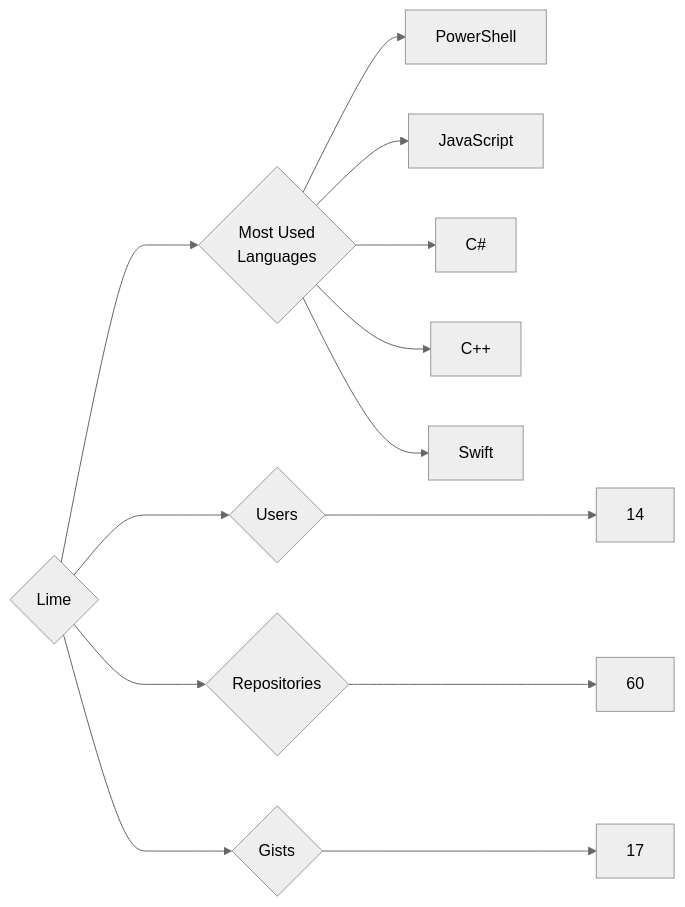
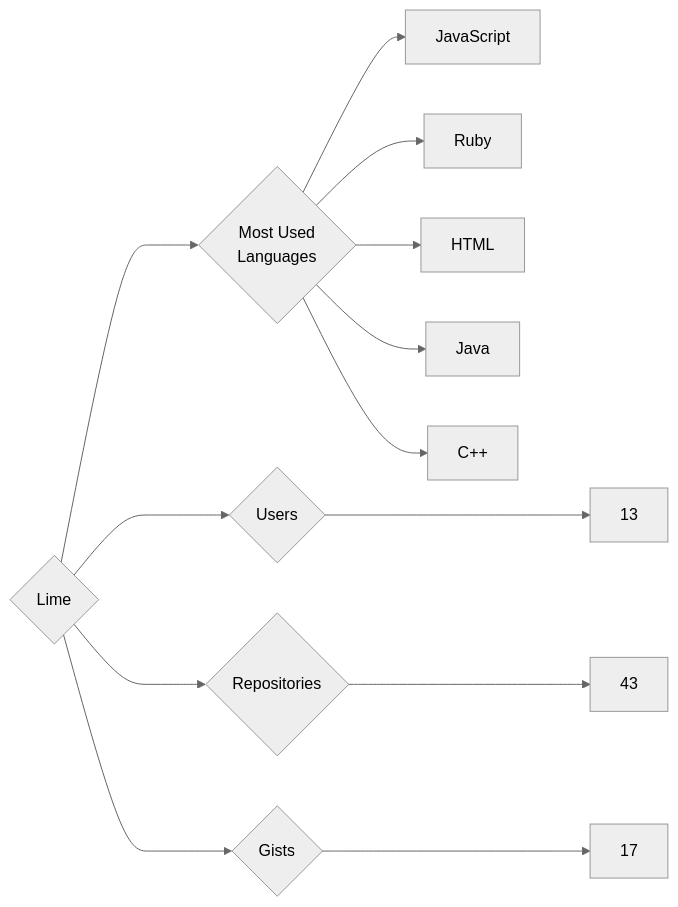
The diagram in targets/Lime/README.md (trickest/insiders), drawn with Mermaid (neutral theme) before and after one commit. The commit also changed 934 other files, not shown here.

````diff
--- a/targets/Lime/README.md
+++ b/targets/Lime/README.md
@@ -3,13 +3,13 @@
 ```mermaid
 graph LR
 COMPANY_NAME{Lime}
-COMPANY_NAME ---> U{Users} ---> UN[14]
-COMPANY_NAME ---> R{Repositories} ---> RN[60]
+COMPANY_NAME ---> U{Users} ---> UN[13]
+COMPANY_NAME ---> R{Repositories} ---> RN[43]
 COMPANY_NAME ---> G{Gists} ---> GN[17]
 COMPANY_NAME ---> ML{Most Used<br>Languages}
-ML --> PowerShell[PowerShell]
 ML --> JavaScript[JavaScript]
-ML --> C#[C#]
+ML --> Ruby[Ruby]
+ML --> HTML[HTML]
+ML --> Java[Java]
 ML --> C++[C++]
-ML --> Swift[Swift]
 ```
````
